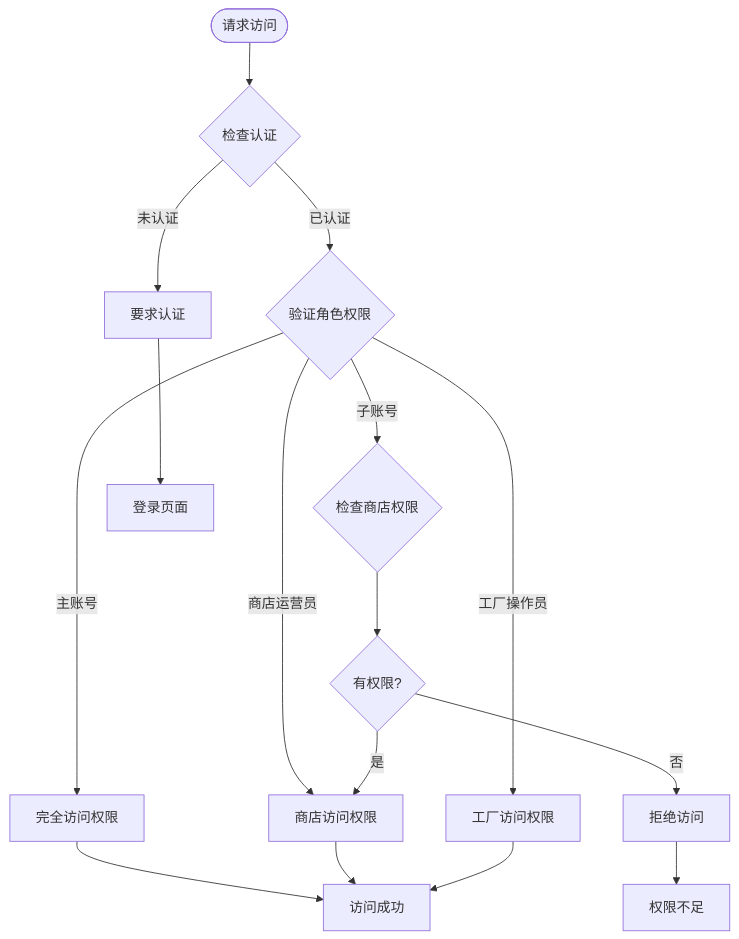
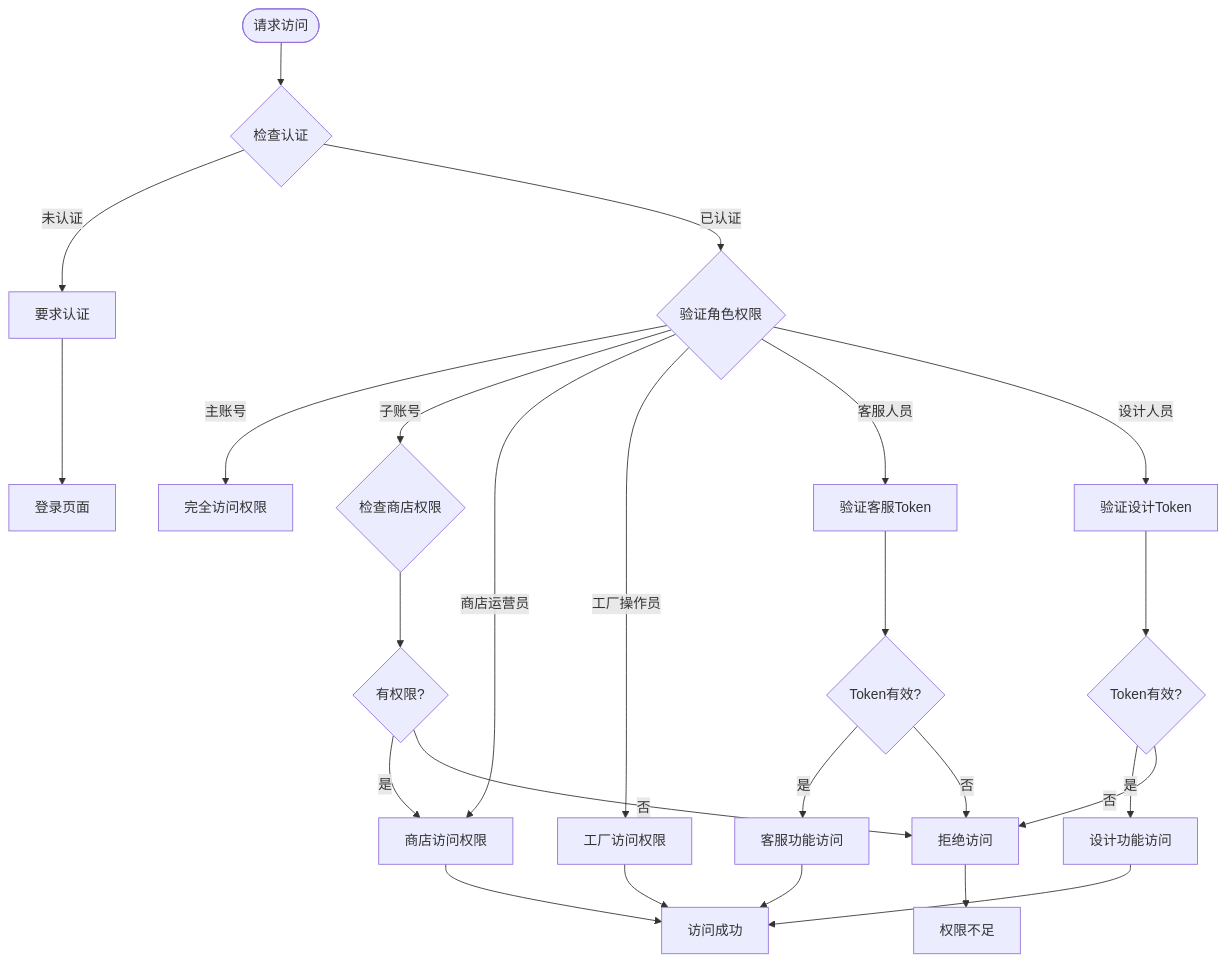
Before and after one commit to SY6621/POD-Order-Management: the sixth of 18 diagrams in .qoder/repowiki/zh/content/开发指南/前后端API对接文档.md, drawn with Mermaid. The commit also changed other lines of this file and 15 other files, not shown here.

````diff
--- a/.qoder/repowiki/zh/content/开发指南/前后端API对接文档.md
+++ b/.qoder/repowiki/zh/content/开发指南/前后端API对接文档.md
@@ -536,18 +874,27 @@
 ```mermaid
 flowchart TD
 Start([请求访问]) --> CheckAuth{"检查认证"}
 CheckAuth --> |未认证| RequireAuth["要求认证"]
 CheckAuth --> |已认证| CheckRole{"验证角色权限"}
 CheckRole --> |主账号| FullAccess["完全访问权限"]
 CheckRole --> |子账号| CheckShop{"检查商店权限"}
 CheckRole --> |商店运营员| ShopAccess["商店访问权限"]
 CheckRole --> |工厂操作员| FactoryAccess["工厂访问权限"]
+CheckRole --> |客服人员| CheckServiceToken["验证客服Token"]
+CheckRole --> |设计人员| CheckDesignToken["验证设计Token"]
 CheckShop --> HasPermission{"有权限?"}
+CheckServiceToken --> ServiceTokenValid{"Token有效?"}
+CheckDesignToken --> DesignTokenValid{"Token有效?"}
 HasPermission --> |是| ShopAccess
+ServiceTokenValid --> |是| ServiceAccess["客服功能访问"]
+DesignTokenValid --> |是| DesignAccess["设计功能访问"]
 HasPermission --> |否| AccessDenied["拒绝访问"]
+ServiceTokenValid --> |否| AccessDenied
+DesignTokenValid --> |否| AccessDenied
 RequireAuth --> Login["登录页面"]
-FullAccess --> Success["访问成功"]
+ServiceAccess --> Success["访问成功"]
+DesignAccess --> Success
 ShopAccess --> Success
 FactoryAccess --> Success
 AccessDenied --> Error["权限不足"]
 ```
````
